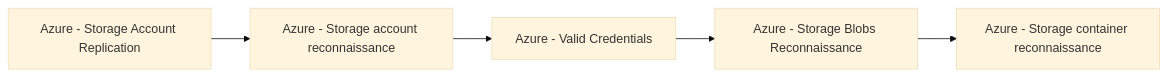
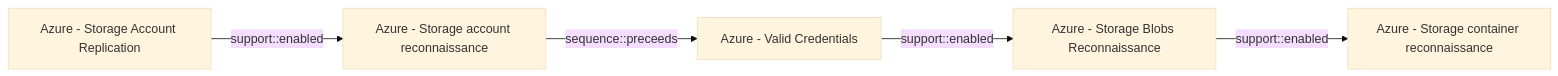
Before and after one commit to opentidehq/library: the diagram in docs/threats/azure-storage-account-replication.md, drawn with Mermaid (base theme). The commit also changed other lines of this file and 277 other files, not shown here.

````diff
--- a/docs/threats/azure-storage-account-replication.md
+++ b/docs/threats/azure-storage-account-replication.md
@@ -64,12 +103,12 @@
 ```mermaid
 flowchart LR
 942ed69c_700a_469a_9591_07b87815a909["Azure - Storage Account Replication"]
 53f4e2f0_7d11_4629_bb26_905993a589db["Azure - Storage account reconnaissance"]
 2743bf18_3b86_4721_bf3e_153dcda0b149["Azure - Valid Credentials"]
 41f57a57_1ed6_407e_bb70_a0f6ab52af10["Azure - Storage Blobs Reconnaissance"]
 2d7ed070_e5c5_4796_b150_ea1d02ed1785["Azure - Storage container reconnaissance"]
-942ed69c_700a_469a_9591_07b87815a909 --> 53f4e2f0_7d11_4629_bb26_905993a589db
-53f4e2f0_7d11_4629_bb26_905993a589db --> 2743bf18_3b86_4721_bf3e_153dcda0b149
-2743bf18_3b86_4721_bf3e_153dcda0b149 --> 41f57a57_1ed6_407e_bb70_a0f6ab52af10
-41f57a57_1ed6_407e_bb70_a0f6ab52af10 --> 2d7ed070_e5c5_4796_b150_ea1d02ed1785
+942ed69c_700a_469a_9591_07b87815a909 -->|support::enabled| 53f4e2f0_7d11_4629_bb26_905993a589db
+53f4e2f0_7d11_4629_bb26_905993a589db -->|sequence::preceeds| 2743bf18_3b86_4721_bf3e_153dcda0b149
+2743bf18_3b86_4721_bf3e_153dcda0b149 -->|support::enabled| 41f57a57_1ed6_407e_bb70_a0f6ab52af10
+41f57a57_1ed6_407e_bb70_a0f6ab52af10 -->|support::enabled| 2d7ed070_e5c5_4796_b150_ea1d02ed1785
 ```
````
